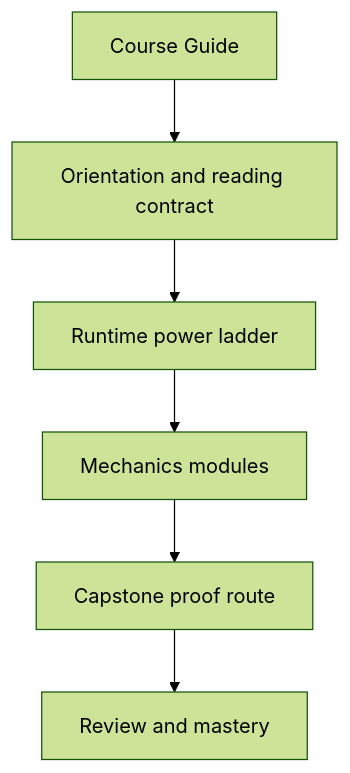
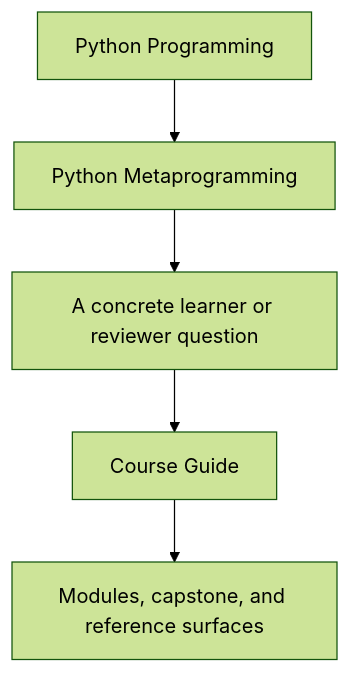
Before and after one commit to bijux/bijux-masterclass: the first of 2 diagrams in programs/python-programming/python-meta-programming/course-book/guides/course-guide.md, drawn with Mermaid (forest theme). The commit also changed other lines of this file and 15 other files, not shown here.

Commit message:
docs(python-meta-programming): sharpen guide and reference diagrams

````diff
--- a/programs/python-programming/python-meta-programming/course-book/guides/course-guide.md
+++ b/programs/python-programming/python-meta-programming/course-book/guides/course-guide.md
@@ -6,11 +6,7 @@
 ```mermaid
-graph TD
-  guide["Course Guide"]
-  orientation["Orientation and reading contract"]
-  ladder["Runtime power ladder"]
-  modules["Mechanics modules"]
-  capstone["Capstone proof route"]
-  review["Review and mastery"]
-
-  guide --> orientation --> ladder --> modules --> capstone --> review
+flowchart TD
+  family["Python Programming"] --> program["Python Metaprogramming"]
+  program --> pressure["A concrete learner or reviewer question"]
+  pressure --> guide["Course Guide"]
+  guide --> next["Modules, capstone, and reference surfaces"]
 ```
````
